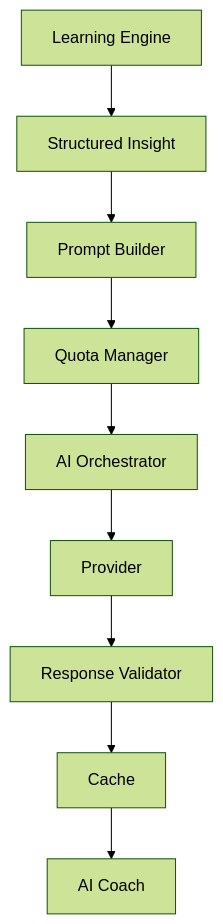
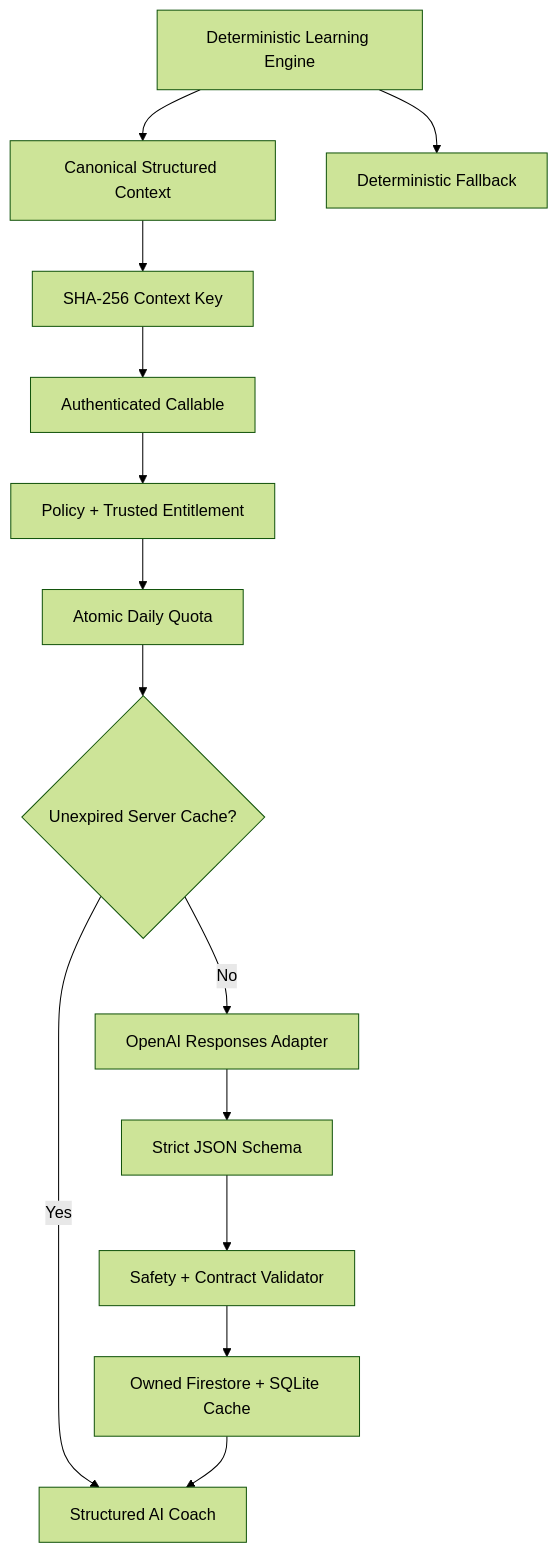
Before and after one commit to fauzibinfaisal/ExamCoach: the diagram in docs/architecture/AI_System_Architecture.md, drawn with Mermaid (forest theme). The commit also changed other lines of this file and 65 other files, not shown here.

First line of the commit message:
feat: add structured AI Coach and subscriptions (#12)

````diff
--- a/docs/architecture/AI_System_Architecture.md
+++ b/docs/architecture/AI_System_Architecture.md
@@ -8,11 +12,16 @@
 ```mermaid
 flowchart TD
-    A[Learning Engine] --> B[Structured Insight]
-    B --> C[Prompt Builder]
-    C --> D[Quota Manager]
-    D --> E[AI Orchestrator]
-    E --> F[Provider]
-    F --> G[Response Validator]
-    G --> H[Cache]
-    H --> I[AI Coach]
+    A[Deterministic Learning Engine] --> B[Canonical Structured Context]
+    B --> C[SHA-256 Context Key]
+    C --> D[Authenticated Callable]
+    D --> E[Policy + Trusted Entitlement]
+    E --> F[Atomic Daily Quota]
+    F --> G{Unexpired Server Cache?}
+    G -->|Yes| L[Structured AI Coach]
+    G -->|No| H[OpenAI Responses Adapter]
+    H --> I[Strict JSON Schema]
+    I --> J[Safety + Contract Validator]
+    J --> K[Owned Firestore + SQLite Cache]
+    K --> L
+    A --> M[Deterministic Fallback]
 ```
````
